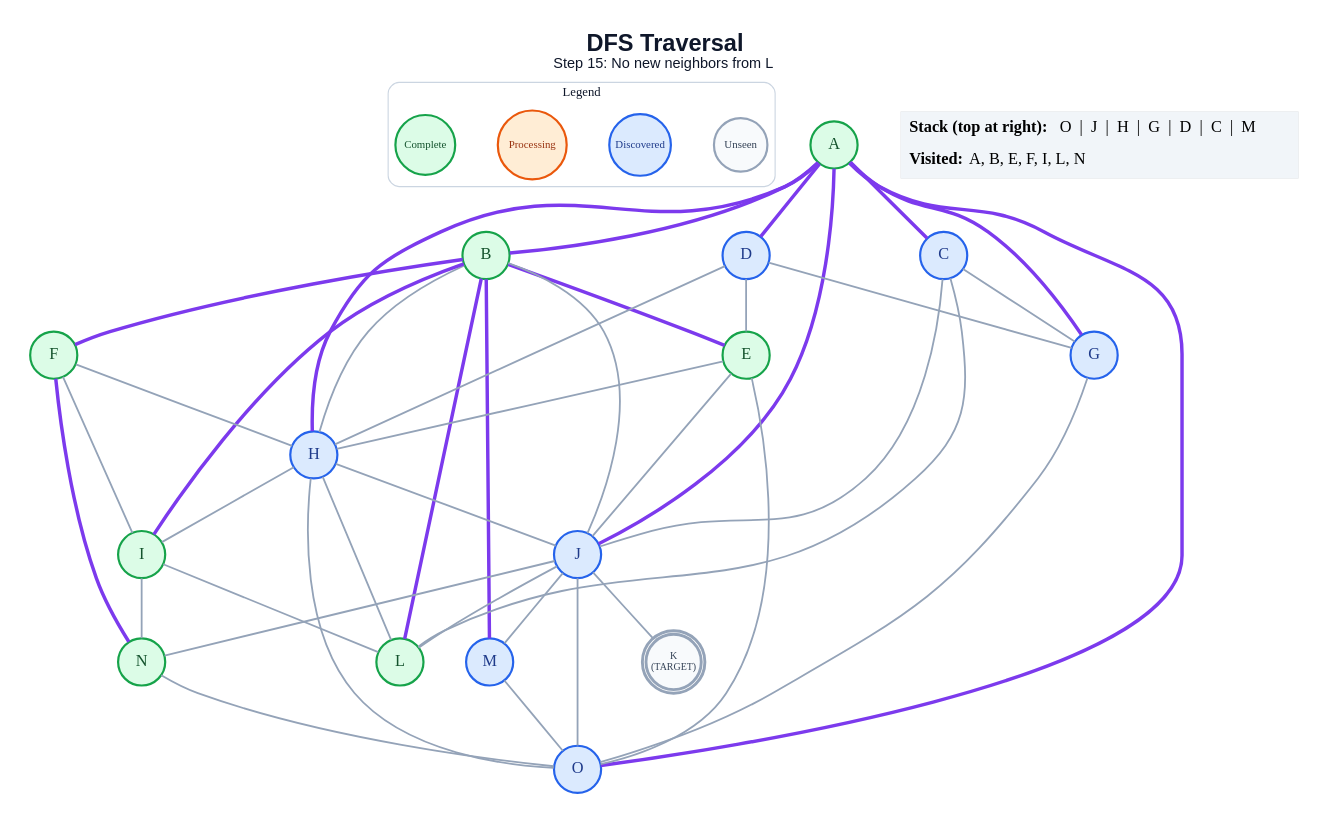
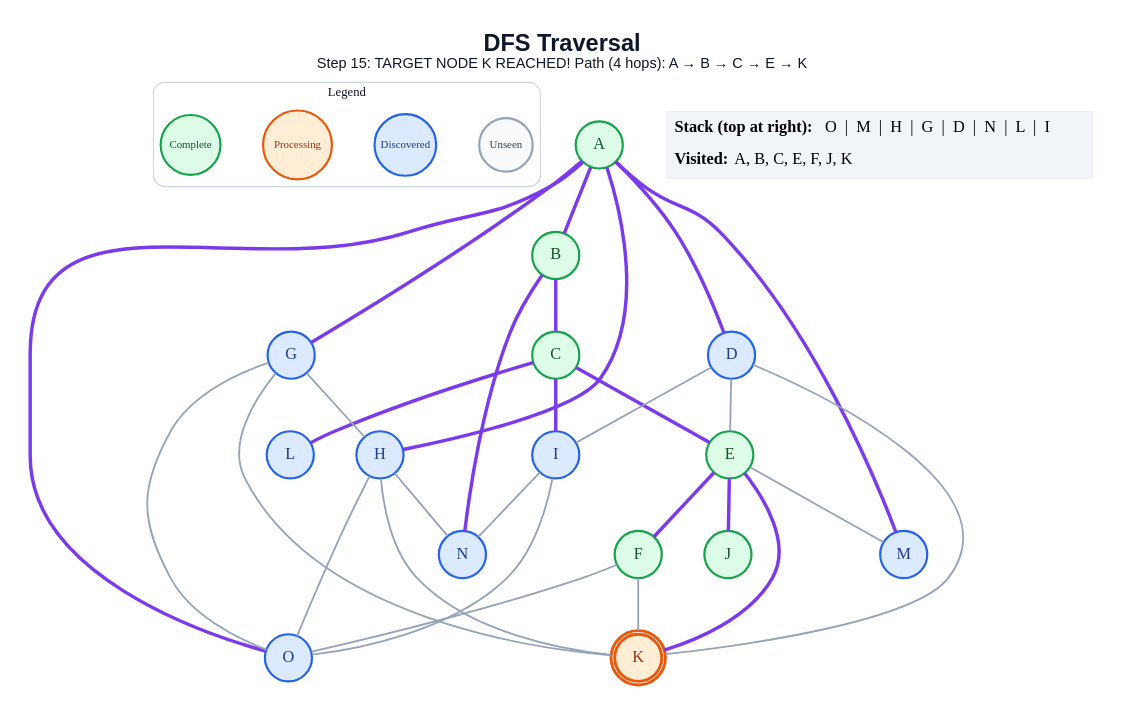
The diagram in generated/dfs/step_15.dot (anon7238593-create/ai-slop), drawn with Graphviz before and after one commit. The commit also changed 345 other files, not shown here.

```diff
--- a/generated/dfs/step_15.dot
+++ b/generated/dfs/step_15.dot
@@ -1,74 +1,62 @@
 graph traversal {
   graph [layout=dot, rankdir=TB, bgcolor="#FFFFFF", pad="0.35", nodesep="0.65", ranksep="0.8", fontname="Arial"];
   node [shape=circle, style="filled", fontname="Arial Bold", fontsize=18, width=0.72, fixedsize=true, penwidth=2.4];
   edge [color="#94A3B8", penwidth=2.0];
-  label=<<B>DFS Traversal</B><BR/><FONT POINT-SIZE="16">Step 15: No new neighbors from L</FONT>>; labelloc="t"; fontsize=26; fontname="Arial"; fontcolor="#0F172A";
+  label=<<B>DFS Traversal</B><BR/><FONT POINT-SIZE="16">Step 15: TARGET NODE K REACHED! Path (4 hops): A → B → C → E → K</FONT>>; labelloc="t"; fontsize=26; fontname="Arial"; fontcolor="#0F172A";
   subgraph cluster_legend { label="Legend"; color="#CBD5E1"; penwidth=1.2; style="rounded"; fontsize=14; fontname="Arial Bold";
     key_unseen [label="Unseen", fillcolor="#F8FAFC", color="#94A3B8", fontcolor="#334155", fontsize=12, width=0.82];
     key_frontier [label="Discovered", fillcolor="#DBEAFE", color="#2563EB", fontcolor="#1E3A8A", fontsize=12, width=0.95];
     key_current [label="Processing", fillcolor="#FFEDD5", color="#EA580C", fontcolor="#9A3412", fontsize=12, width=1.05];
     key_done [label="Complete", fillcolor="#DCFCE7", color="#16A34A", fontcolor="#14532D", fontsize=12, width=0.92];
     { rank=same; key_unseen; key_frontier; key_current; key_done; }
   }
   A [label="A", fillcolor="#DCFCE7", color="#16A34A", fontcolor="#14532D", peripheries=1, penwidth=2.4];
   B [label="B", fillcolor="#DCFCE7", color="#16A34A", fontcolor="#14532D", peripheries=1, penwidth=2.4];
-  C [label="C", fillcolor="#DBEAFE", color="#2563EB", fontcolor="#1E3A8A", peripheries=1, penwidth=2.4];
+  C [label="C", fillcolor="#DCFCE7", color="#16A34A", fontcolor="#14532D", peripheries=1, penwidth=2.4];
   D [label="D", fillcolor="#DBEAFE", color="#2563EB", fontcolor="#1E3A8A", peripheries=1, penwidth=2.4];
   E [label="E", fillcolor="#DCFCE7", color="#16A34A", fontcolor="#14532D", peripheries=1, penwidth=2.4];
   F [label="F", fillcolor="#DCFCE7", color="#16A34A", fontcolor="#14532D", peripheries=1, penwidth=2.4];
   G [label="G", fillcolor="#DBEAFE", color="#2563EB", fontcolor="#1E3A8A", peripheries=1, penwidth=2.4];
   H [label="H", fillcolor="#DBEAFE", color="#2563EB", fontcolor="#1E3A8A", peripheries=1, penwidth=2.4];
-  I [label="I", fillcolor="#DCFCE7", color="#16A34A", fontcolor="#14532D", peripheries=1, penwidth=2.4];
-  J [label="J", fillcolor="#DBEAFE", color="#2563EB", fontcolor="#1E3A8A", peripheries=1, penwidth=2.4];
-  K [label="K\n(TARGET)", fillcolor="#F8FAFC", color="#94A3B8", fontcolor="#334155", peripheries=2, penwidth=3.2, fontsize=11, width=0.85, height=0.85];
-  L [label="L", fillcolor="#DCFCE7", color="#16A34A", fontcolor="#14532D", peripheries=1, penwidth=2.4];
+  I [label="I", fillcolor="#DBEAFE", color="#2563EB", fontcolor="#1E3A8A", peripheries=1, penwidth=2.4];
+  J [label="J", fillcolor="#DCFCE7", color="#16A34A", fontcolor="#14532D", peripheries=1, penwidth=2.4];
+  K [label="K", fillcolor="#FFEDD5", color="#EA580C", fontcolor="#9A3412", peripheries=2, penwidth=3.2];
+  L [label="L", fillcolor="#DBEAFE", color="#2563EB", fontcolor="#1E3A8A", peripheries=1, penwidth=2.4];
   M [label="M", fillcolor="#DBEAFE", color="#2563EB", fontcolor="#1E3A8A", peripheries=1, penwidth=2.4];
-  N [label="N", fillcolor="#DCFCE7", color="#16A34A", fontcolor="#14532D", peripheries=1, penwidth=2.4];
+  N [label="N", fillcolor="#DBEAFE", color="#2563EB", fontcolor="#1E3A8A", peripheries=1, penwidth=2.4];
   O [label="O", fillcolor="#DBEAFE", color="#2563EB", fontcolor="#1E3A8A", peripheries=1, penwidth=2.4];
   A -- B [color="#7C3AED", penwidth=3.8];
-  A -- C [color="#7C3AED", penwidth=3.8];
   A -- D [color="#7C3AED", penwidth=3.8];
   A -- G [color="#7C3AED", penwidth=3.8];
   A -- H [color="#7C3AED", penwidth=3.8];
-  A -- J [color="#7C3AED", penwidth=3.8];
+  A -- M [color="#7C3AED", penwidth=3.8];
   A -- O [color="#7C3AED", penwidth=3.8];
-  B -- E [color="#7C3AED", penwidth=3.8];
-  B -- F [color="#7C3AED", penwidth=3.8];
-  B -- H;
-  B -- I [color="#7C3AED", penwidth=3.8];
-  B -- J;
-  B -- L [color="#7C3AED", penwidth=3.8];
-  B -- M [color="#7C3AED", penwidth=3.8];
-  C -- G;
-  C -- J;
-  C -- L;
+  B -- C [color="#7C3AED", penwidth=3.8];
+  B -- N [color="#7C3AED", penwidth=3.8];
+  C -- E [color="#7C3AED", penwidth=3.8];
+  C -- I [color="#7C3AED", penwidth=3.8];
+  C -- L [color="#7C3AED", penwidth=3.8];
   D -- E;
-  D -- G;
-  D -- H;
-  E -- H;
-  E -- J;
-  E -- O;
-  F -- H;
-  F -- I;
-  F -- N [color="#7C3AED", penwidth=3.8];
+  D -- I;
+  D -- K;
+  E -- F [color="#7C3AED", penwidth=3.8];
+  E -- J [color="#7C3AED", penwidth=3.8];
+  E -- K [color="#7C3AED", penwidth=3.8];
+  E -- M;
+  F -- K;
+  F -- O;
+  G -- H;
+  G -- K;
   G -- O;
-  H -- I;
-  H -- J;
-  H -- L;
+  H -- K;
+  H -- N;
   H -- O;
-  I -- L;
   I -- N;
-  J -- K;
-  J -- L;
-  J -- M;
-  J -- N;
-  J -- O;
-  M -- O;
-  N -- O;
+  I -- O;
   status [shape=plain, fixedsize=false, width=0, height=0, margin=0, label=<
     <TABLE BORDER="0" CELLBORDER="0" CELLPADDING="7" BGCOLOR="#F1F5F9">
-      <TR><TD ALIGN="LEFT"><B>Stack (top at right):</B> O  |  J  |  H  |  G  |  D  |  C  |  M</TD></TR>
-      <TR><TD ALIGN="LEFT"><B>Visited:</B> A, B, E, F, I, L, N</TD></TR>
+      <TR><TD ALIGN="LEFT"><B>Stack (top at right):</B> O  |  M  |  H  |  G  |  D  |  N  |  L  |  I</TD></TR>
+      <TR><TD ALIGN="LEFT"><B>Visited:</B> A, B, C, E, F, J, K</TD></TR>
     </TABLE>
   >];
 }
```
